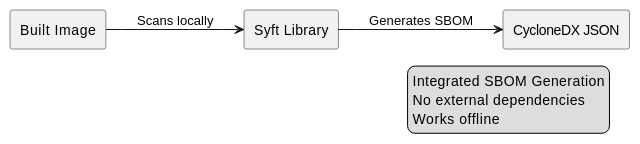
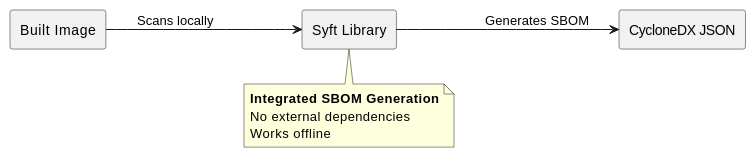
One commit to ContainerHive/ContainerHive changed the diagram in docs/how-it-works/sbom-generation.md. Above: the diagram before and after it, drawn with PlantUML. The commit also changed 3 other files, not shown here.

Commit message:
docs: Fine tune diagrams and add dark / light based styling

````diff
--- a/docs/how-it-works/sbom-generation.md
+++ b/docs/how-it-works/sbom-generation.md
@@ -10,18 +10,24 @@
 ```plantuml {display-align=center}
 @startuml sbom-flow
 left to right direction
 
 rectangle "Built Image" as image
 rectangle "Syft Library" as syft
+
+note bottom
+  **Integrated SBOM Generation**
+  No external dependencies
+  Works offline
+end note
+
 rectangle "CycloneDX JSON" as sbom
 
+
+
 image --> syft : Scans locally
+
 syft --> sbom : Generates SBOM
 
-legend right
-  Integrated SBOM Generation
-  No external dependencies
-  Works offline
-endlegend
+
 @enduml
 ```
````
